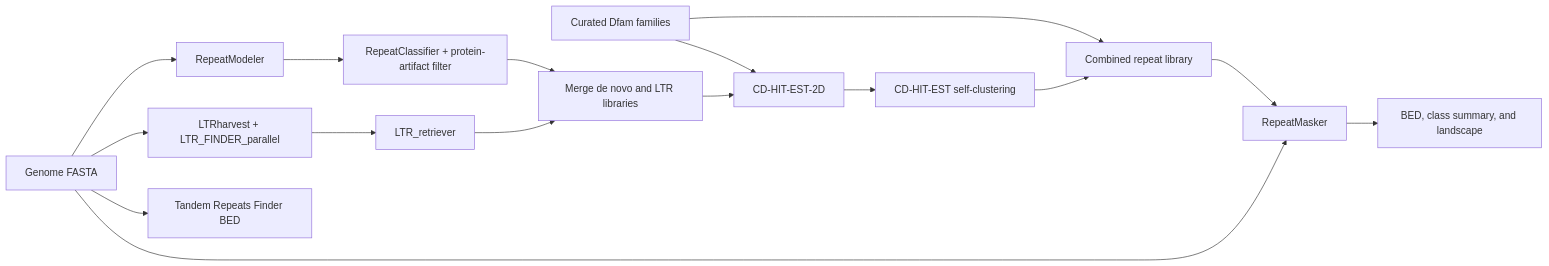
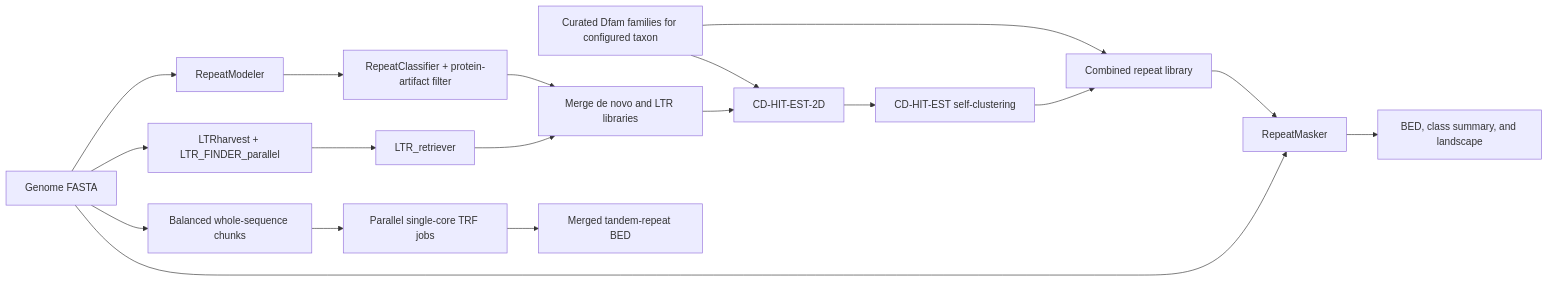
Before and after one commit to rsbiello/TE_annotation: the diagram in README.md, drawn with Mermaid. The commit also changed other lines of this file and 5 other files, not shown here.

Commit message:
Parallelize TRF with balanced FASTA chunks

````diff
--- a/README.md
+++ b/README.md
@@ -13,18 +14,20 @@
 ```mermaid
 flowchart LR
     G["Genome FASTA"] --> RM["RepeatModeler"]
     G --> LTR["LTRharvest + LTR_FINDER_parallel"]
     LTR --> RET["LTR_retriever"]
     RM --> CF["RepeatClassifier + protein-artifact filter"]
-    D["Curated Dfam families"] --> C2["CD-HIT-EST-2D"]
+    D["Curated Dfam families for configured taxon"] --> C2["CD-HIT-EST-2D"]
     CF --> M["Merge de novo and LTR libraries"]
     RET --> M
     M --> C2
     C2 --> CS["CD-HIT-EST self-clustering"]
     D --> CL["Combined repeat library"]
     CS --> CL
     CL --> RMA["RepeatMasker"]
     G --> RMA
     RMA --> P["BED, class summary, and landscape"]
-    G --> TRF["Tandem Repeats Finder BED"]
+    G --> TS["Balanced whole-sequence chunks"]
+    TS --> TJ["Parallel single-core TRF jobs"]
+    TJ --> TG["Merged tandem-repeat BED"]
 ```
````
